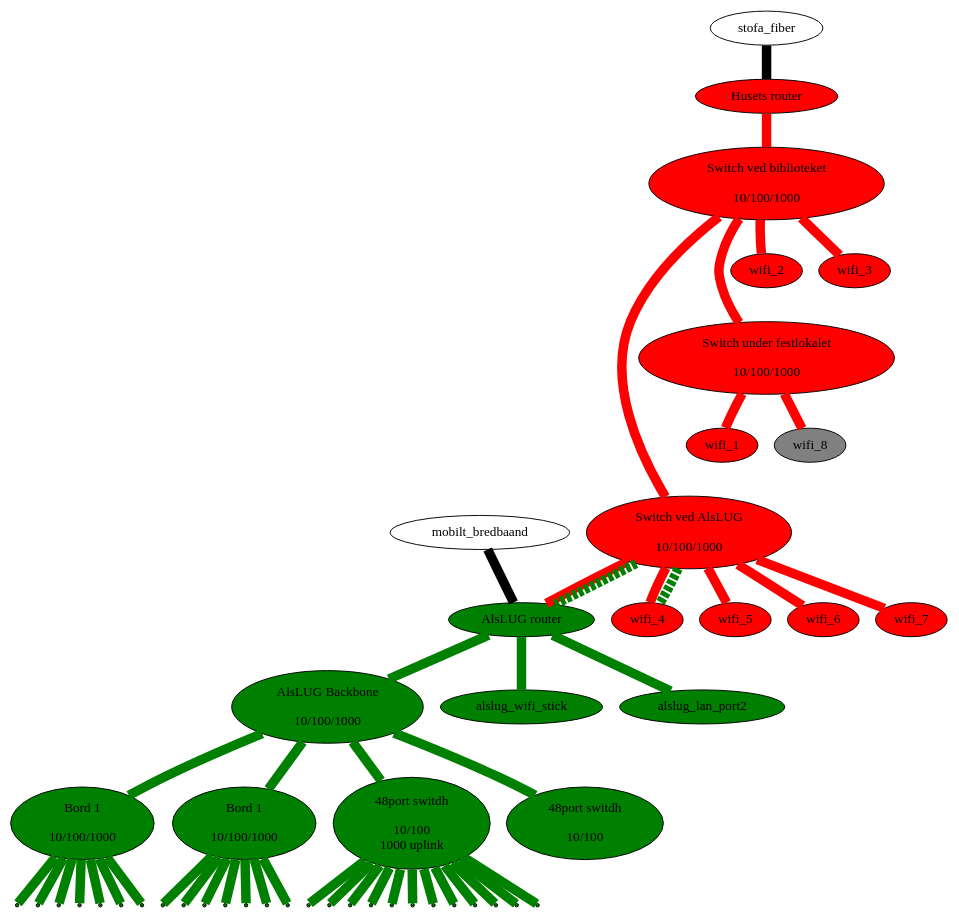
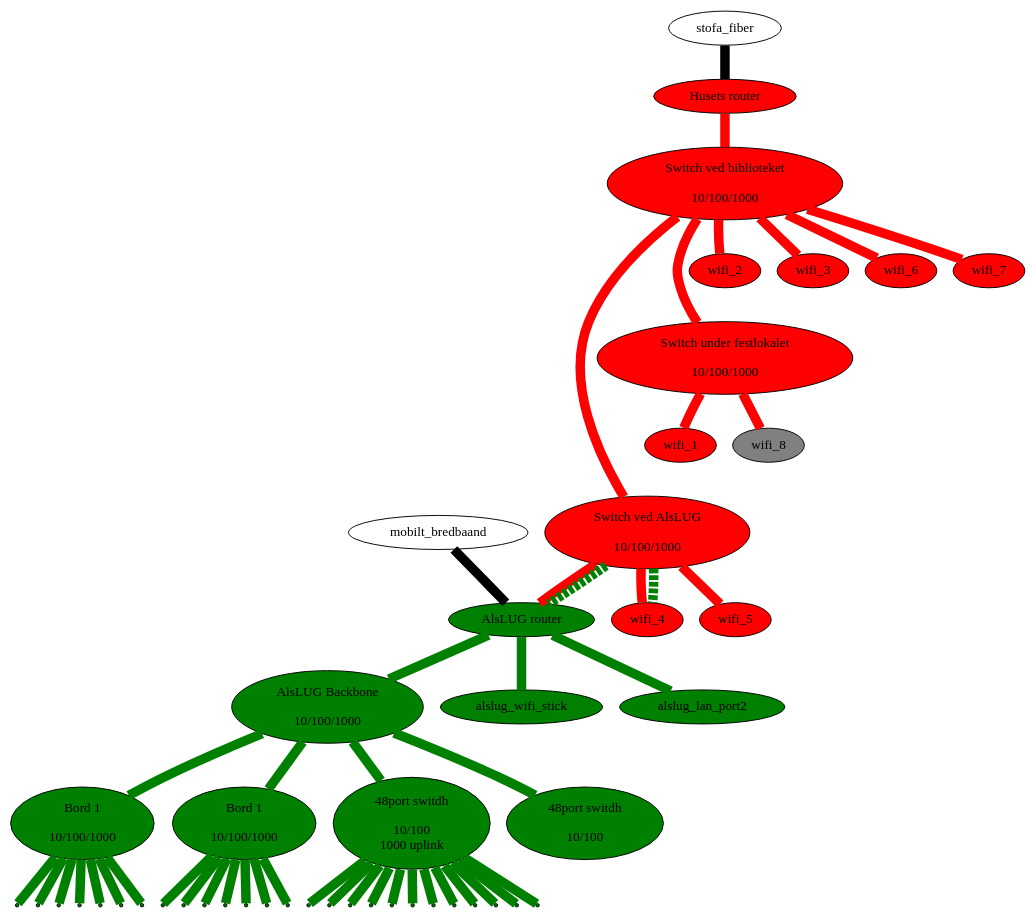
The diagram in projekter/network.dot (alslug/alslug.dk), drawn with Graphviz before and after one commit.

```diff
--- a/projekter/network.dot
+++ b/projekter/network.dot
@@ -1,61 +1,61 @@
 digraph xxx {
 #  link_12a [ shape=point ];
 #  link_12b [ shape=point ];
 #  link_12c [ shape=point ];
   edge [ dir=none penwidth=10 ];
 
   node [ style=filled fillcolor=red ];
   husets_router [ label="Husets router" ];
   husets_switch_1 [ label="Switch ved biblioteket\n\n 10/100/1000" ];
   husets_switch_2 [ label="Switch ved AlsLUG\n\n 10/100/1000" ];
   festlokale_switch [ label="Switch under festlokalet\n\n 10/100/1000" ];
   wifi_1 wifi_2 wifi_3 wifi_4 wifi_5 wifi_6 wifi_7;
   wifi_8 [ fillcolor=gray ];
   
   node [ style=filled fillcolor=green ];
   alslug_router [ label="AlsLUG router" ];
   alslug_backbone_switch [ label="AlsLUG Backbone\n\n10/100/1000"];
   bord_1 [ label="Bord 1\n\n10/100/1000"];
   bord_2 [ label="Bord 1\n\n10/100/1000"];
   switch_48p [ label="48port switdh\n\n10/100\n1000 uplink"];
   switch_48p_poe [ label="48port switdh\n\n10/100"];
   alslug_wifi_stick alslug_lan_port2;
   
   node [ style=normal ];
   // Internet forbindelser
   stofa_fiber      -> husets_router [ fillcolor=black style=filled ];
   mobilt_bredbaand -> alslug_router [ fillcolor=black style=filled ];
   
   // Husets forbindelser
   edge  [ color=red style=solid ];
-  husets_router -> husets_switch_1 -> { wifi_2 wifi_3 };
-  husets_switch_1 -> husets_switch_2 -> { wifi_4 wifi_5 wifi_6 wifi_7 alslug_router};
+  husets_router -> husets_switch_1 -> { wifi_2 wifi_3 wifi_6 wifi_7 };
+  husets_switch_1 -> husets_switch_2 -> { wifi_4 wifi_5 alslug_router};
   husets_switch_1 -> festlokale_switch -> { wifi_1 wifi_8 };
 
   // VLAN forbindelser over bakkensbros netværk
   edge  [ color=green style=dashed ];
   husets_switch_2 -> { alslug_router wifi_4 };
   
   // Interne forbindelser
   edge [ color=green style=solid ];
   alslug_router -> { alslug_wifi_stick alslug_backbone_switch alslug_lan_port2 };
   alslug_backbone_switch -> { bord_1 bord_2 switch_48p switch_48p_poe }
   
   node [ shape=point ];
   bord_1 -> {
                   bord_1_1 bord_1_2 bord_1_3 bord_1_4
                   bord_1_5 bord_1_6 bord_1_7
                 }
   bord_2 -> {
                   bord_2_1 bord_2_2 bord_2_3 bord_2_4
                   bord_2_5 bord_2_6 bord_2_7
                 }
   switch_48p -> {
                   switch_48p_1 switch_48p_2 switch_48p_3 switch_48p_4
                   switch_48p_5 switch_48p_6 switch_48p_7 switch_48p_8
                   switch_48p_9 switch_48p_10 switch_48p_11 switch_48p_12
                 }
   
   edge [ color=invis ];
   husets_switch_1 -> wifi_2 -> festlokale_switch -> wifi_1 -> husets_switch_2;
 }
```
